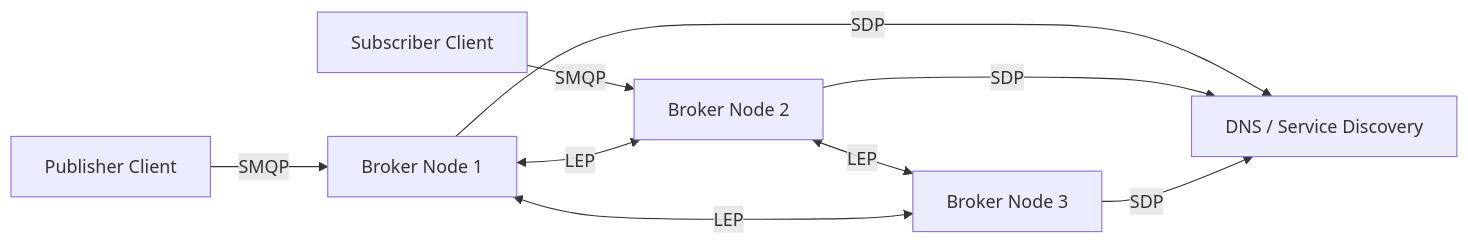
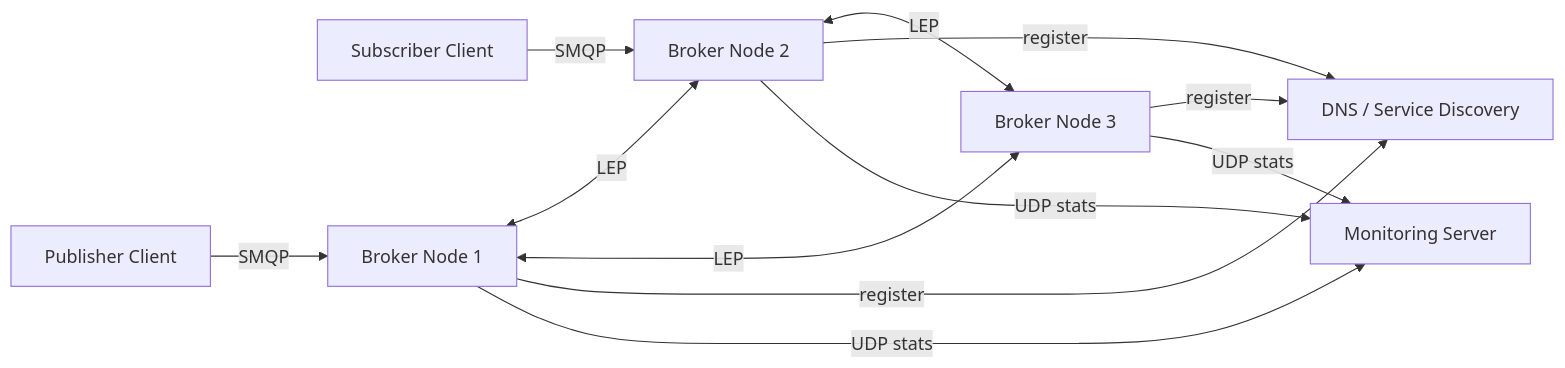
The first of 4 diagrams in README.md (AlexanderT02/broker-leader-election), drawn with Mermaid before and after one commit. The commit also changed other lines of this file, not shown here.

````diff
--- a/README.md
+++ b/README.md
@@ -23,22 +35,27 @@
-``` mermaid
+```mermaid
 flowchart LR
     P[Publisher Client]
     S[Subscriber Client]
 
     B1[Broker Node 1]
     B2[Broker Node 2]
     B3[Broker Node 3]
 
     DNS[DNS / Service Discovery]
+    MON[Monitoring Server]
 
     P -->|SMQP| B1
     S -->|SMQP| B2
 
     B1 <-->|LEP| B2
     B2 <-->|LEP| B3
     B1 <-->|LEP| B3
 
-    B1 -->|SDP| DNS
-    B2 -->|SDP| DNS
-    B3 -->|SDP| DNS
+    B1 -->|register| DNS
+    B2 -->|register| DNS
+    B3 -->|register| DNS
+
+    B1 -->|UDP stats| MON
+    B2 -->|UDP stats| MON
+    B3 -->|UDP stats| MON
 ```
````
